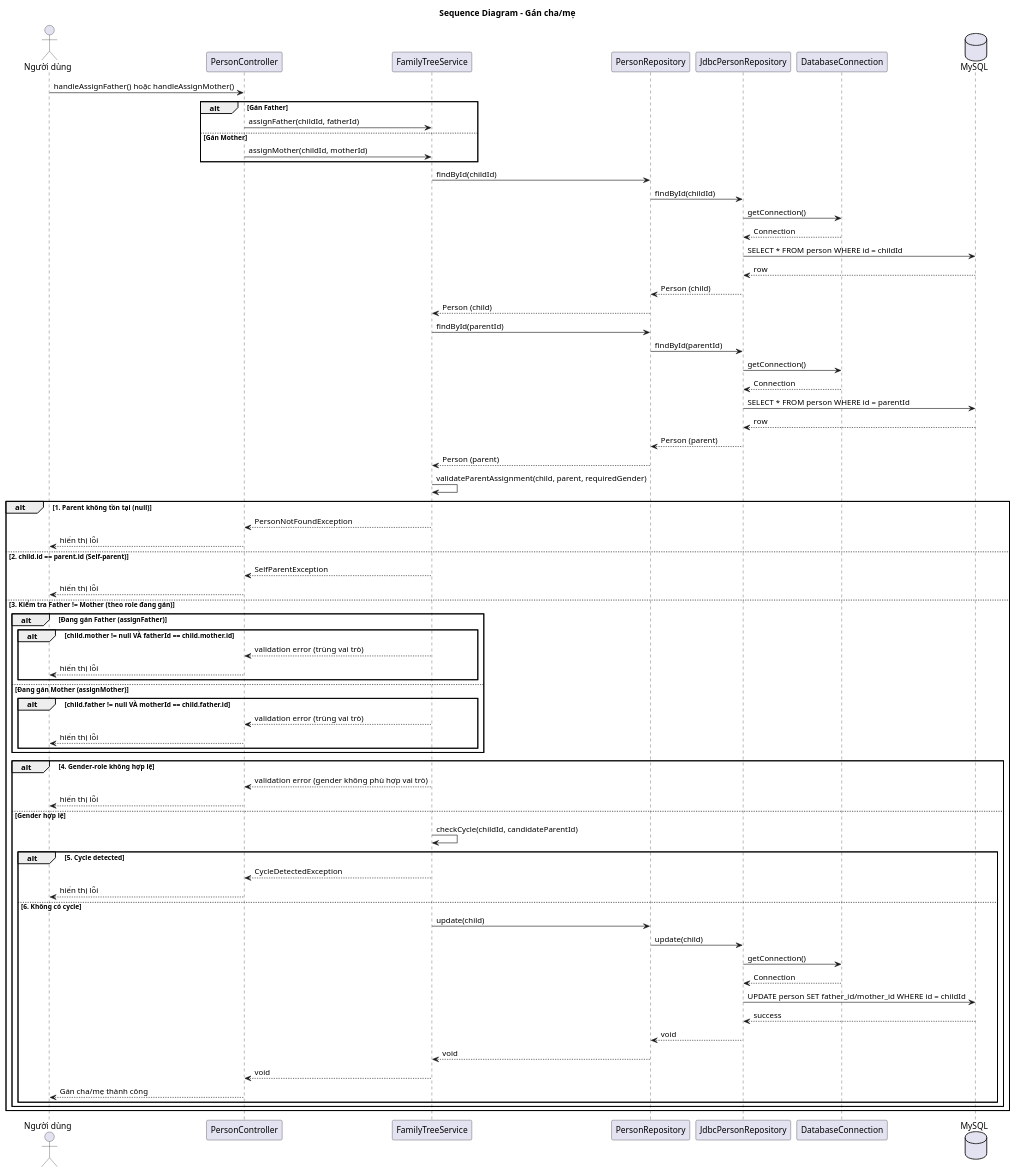
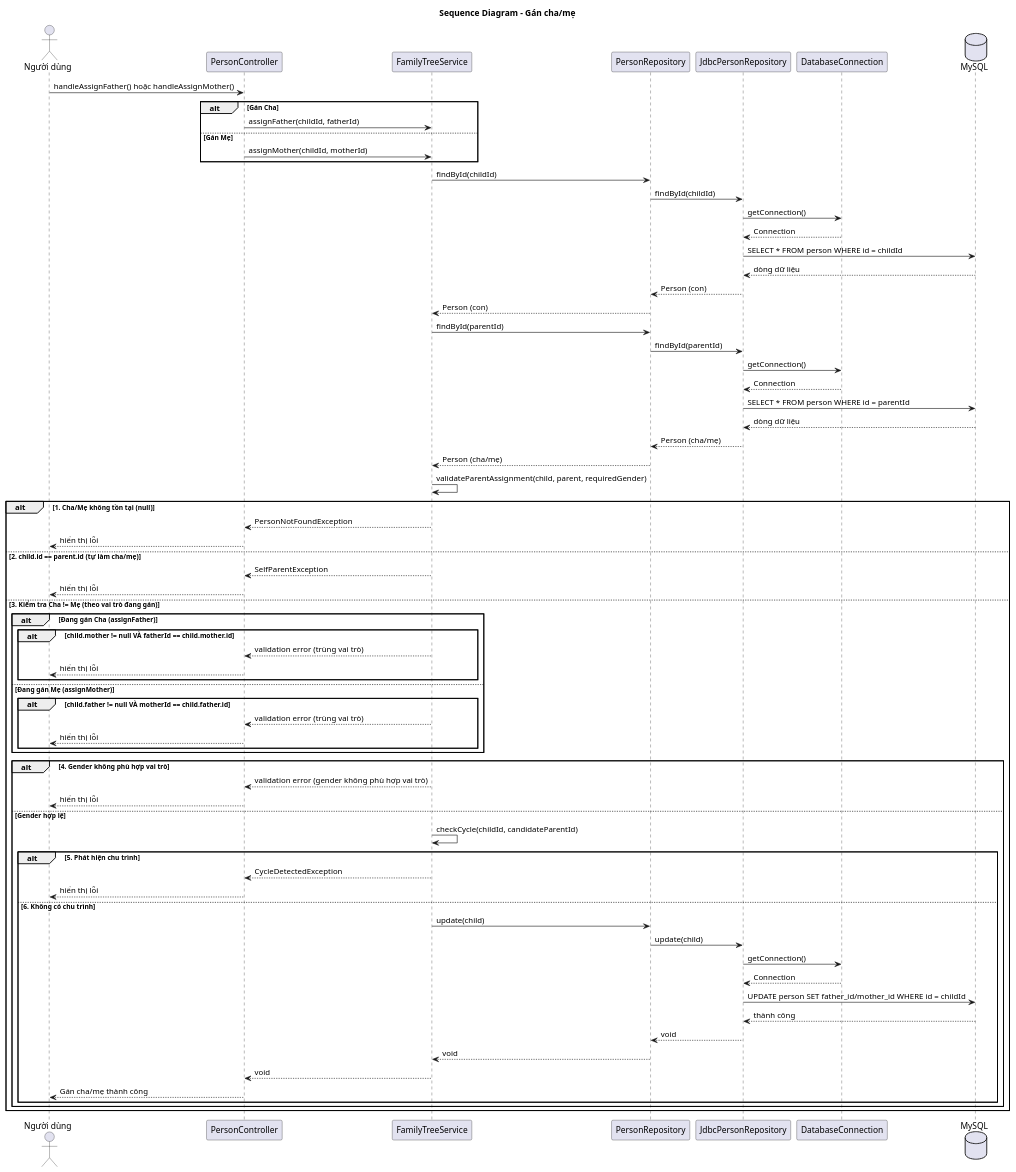
The diagram in docs/uml/sequence-assign-parent.puml (minhchien170704/do-an-gia-pha), drawn with PlantUML before and after one commit. The commit also changed 21 other files, not shown here.

First line of the commit message:
docs(uml): dịch toàn bộ sơ đồ sang tiếng Việt + bổ sung bộ test View Layer (#1)

```diff
--- a/docs/uml/sequence-assign-parent.puml
+++ b/docs/uml/sequence-assign-parent.puml
@@ -1,89 +1,89 @@
 @startuml sequence-assign-parent
 
 title Sequence Diagram - Gán cha/mẹ
 
 actor "Người dùng" as User
 participant "PersonController" as Controller
 participant "FamilyTreeService" as Service
 participant "PersonRepository" as Repo
 participant "JdbcPersonRepository" as JdbcRepo
 participant "DatabaseConnection" as DBConn
 database "MySQL" as DB
 
 User -> Controller : handleAssignFather() hoặc handleAssignMother()
 
-alt Gán Father
+alt Gán Cha
     Controller -> Service : assignFather(childId, fatherId)
-else Gán Mother
+else Gán Mẹ
     Controller -> Service : assignMother(childId, motherId)
 end
 
 Service -> Repo : findById(childId)
 Repo -> JdbcRepo : findById(childId)
 JdbcRepo -> DBConn : getConnection()
 DBConn --> JdbcRepo : Connection
 JdbcRepo -> DB : SELECT * FROM person WHERE id = childId
-DB --> JdbcRepo : row
-JdbcRepo --> Repo : Person (child)
-Repo --> Service : Person (child)
+DB --> JdbcRepo : dòng dữ liệu
+JdbcRepo --> Repo : Person (con)
+Repo --> Service : Person (con)
 
 Service -> Repo : findById(parentId)
 Repo -> JdbcRepo : findById(parentId)
 JdbcRepo -> DBConn : getConnection()
 DBConn --> JdbcRepo : Connection
 JdbcRepo -> DB : SELECT * FROM person WHERE id = parentId
-DB --> JdbcRepo : row
-JdbcRepo --> Repo : Person (parent)
-Repo --> Service : Person (parent)
+DB --> JdbcRepo : dòng dữ liệu
+JdbcRepo --> Repo : Person (cha/mẹ)
+Repo --> Service : Person (cha/mẹ)
 
 Service -> Service : validateParentAssignment(child, parent, requiredGender)
 
-alt 1. Parent không tồn tại (null)
+alt 1. Cha/Mẹ không tồn tại (null)
     Service --> Controller : PersonNotFoundException
     Controller --> User : hiển thị lỗi
 
-else 2. child.id == parent.id (Self-parent)
+else 2. child.id == parent.id (tự làm cha/mẹ)
     Service --> Controller : SelfParentException
     Controller --> User : hiển thị lỗi
 
-else 3. Kiểm tra Father != Mother (theo role đang gán)
+else 3. Kiểm tra Cha != Mẹ (theo vai trò đang gán)
 
-    alt Đang gán Father (assignFather)
+    alt Đang gán Cha (assignFather)
         alt child.mother != null VÀ fatherId == child.mother.id
             Service --> Controller : validation error (trùng vai trò)
             Controller --> User : hiển thị lỗi
         end
-    else Đang gán Mother (assignMother)
+    else Đang gán Mẹ (assignMother)
         alt child.father != null VÀ motherId == child.father.id
             Service --> Controller : validation error (trùng vai trò)
             Controller --> User : hiển thị lỗi
         end
     end
 
-    alt 4. Gender-role không hợp lệ
+    alt 4. Gender không phù hợp vai trò
         Service --> Controller : validation error (gender không phù hợp vai trò)
         Controller --> User : hiển thị lỗi
 
     else Gender hợp lệ
         Service -> Service : checkCycle(childId, candidateParentId)
 
-        alt 5. Cycle detected
+        alt 5. Phát hiện chu trình
             Service --> Controller : CycleDetectedException
             Controller --> User : hiển thị lỗi
 
-        else 6. Không có cycle
+        else 6. Không có chu trình
             Service -> Repo : update(child)
             Repo -> JdbcRepo : update(child)
             JdbcRepo -> DBConn : getConnection()
             DBConn --> JdbcRepo : Connection
             JdbcRepo -> DB : UPDATE person SET father_id/mother_id WHERE id = childId
-            DB --> JdbcRepo : success
+            DB --> JdbcRepo : thành công
             JdbcRepo --> Repo : void
             Repo --> Service : void
             Service --> Controller : void
             Controller --> User : Gán cha/mẹ thành công
         end
     end
 end
 
 @enduml
```
